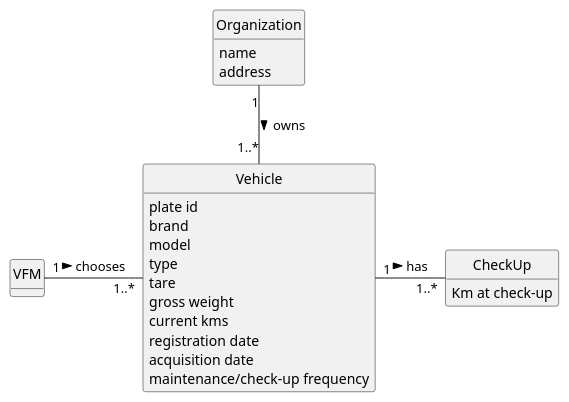
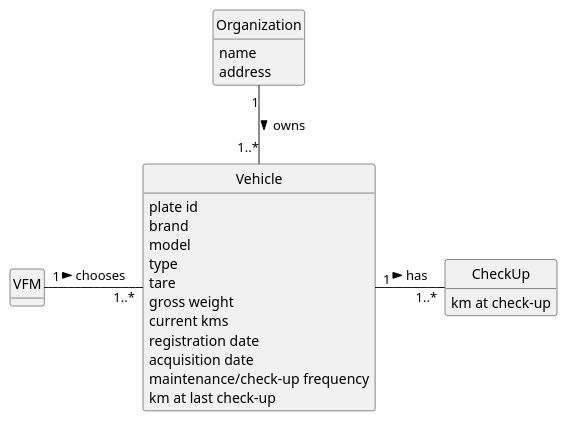
Before and after one commit to diogoveirospro/lei-24-s2-1dg-g072: the diagram in docs/sprintB/us007/02.analysis/puml/us007-domain-model.puml, drawn with PlantUML.

Commit message:
Made changes in the US007 SSD

```diff
--- a/docs/sprintB/us007/02.analysis/puml/us007-domain-model.puml
+++ b/docs/sprintB/us007/02.analysis/puml/us007-domain-model.puml
@@ -1,43 +1,44 @@
 @startuml
 skinparam monochrome true
 skinparam packageStyle rectangle
 skinparam shadowing false
 
 'left to right direction
 
 skinparam classAttributeIconSize 0
 hide circles
 hide methods
 
 
 
 class VFM{
     
 }
 
 class Vehicle{
     plate id
     brand
     model
     type
     tare
     gross weight
     current kms
     registration date
     acquisition date
     maintenance/check-up frequency
+    km at last check-up
 }
 class Organization{
     name
     address
 }
 
 class CheckUp{
-    Km at check-up
+    km at check-up
 }
 
 Organization "1" --"1..*" Vehicle: owns >
 VFM "1"-"   1..*" Vehicle: chooses >
 Vehicle "1" - "1..*" CheckUp: has >
 
 @enduml
```
